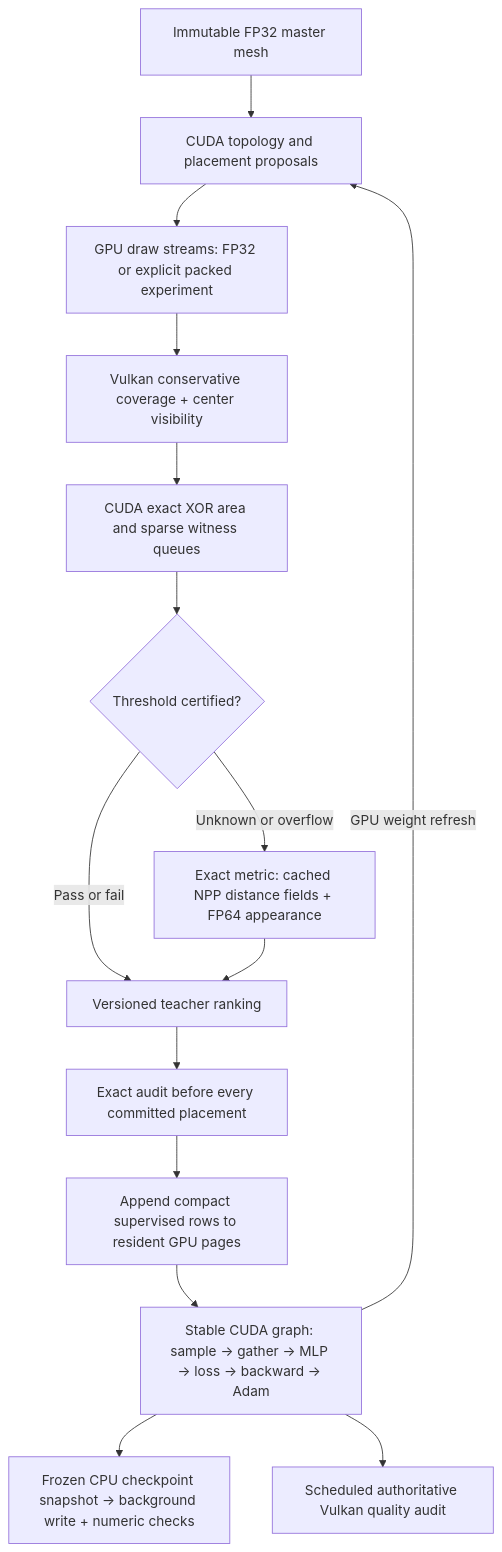
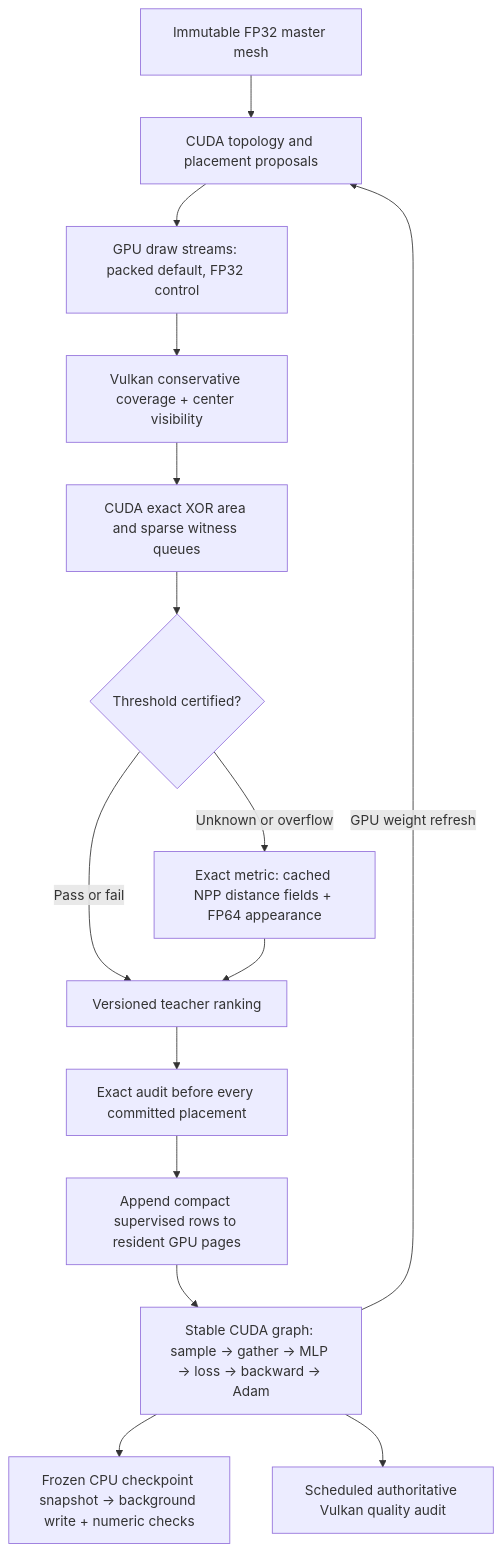
One commit to KacperSzw/BlitzRemesher changed the diagram in research/neural/GPU-REFACTOR.md. Above: the diagram before and after it, drawn with Mermaid. The commit also changed other lines of this file and 6 other files, not shown here.

````diff
--- a/research/neural/GPU-REFACTOR.md
+++ b/research/neural/GPU-REFACTOR.md
@@ -28,17 +28,17 @@
 ```mermaid
 flowchart TD
     A[Immutable FP32 master mesh] --> B[CUDA topology and placement proposals]
-    B --> C[GPU draw streams: FP32 or explicit packed experiment]
+    B --> C[GPU draw streams: packed default, FP32 control]
     C --> D[Vulkan conservative coverage + center visibility]
     D --> E[CUDA exact XOR area and sparse witness queues]
     E --> F{Threshold certified?}
     F -->|Unknown or overflow| G[Exact metric: cached NPP distance fields + FP64 appearance]
     F -->|Pass or fail| H[Versioned teacher ranking]
     G --> H
     H --> I[Exact audit before every committed placement]
     I --> J[Append compact supervised rows to resident GPU pages]
     J --> K[Stable CUDA graph: sample → gather → MLP → loss → backward → Adam]
     K -->|GPU weight refresh| B
     K --> L[Frozen CPU checkpoint snapshot → background write + numeric checks]
     K --> M[Scheduled authoritative Vulkan quality audit]
 ```
````
